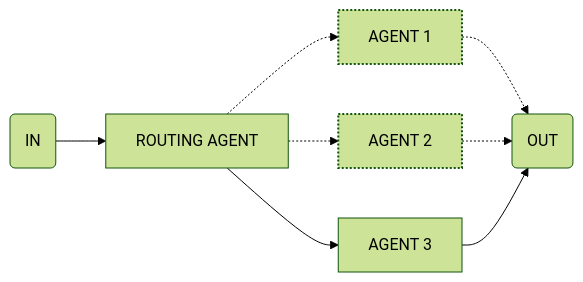
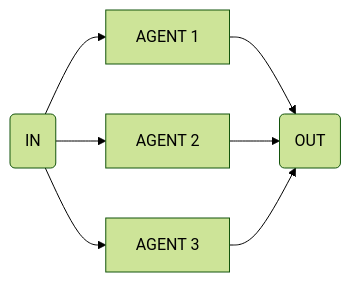
Before and after one commit to callstackincubator/flows-ai: the diagram in docs/src/content/docs/flows/parallel.mdx, drawn with Mermaid (forest theme). The commit also changed other lines of this file and 14 other files, not shown here.

````diff
--- a/docs/src/content/docs/flows/parallel.mdx
+++ b/docs/src/content/docs/flows/parallel.mdx
@@ -8,12 +10,9 @@
 ```mermaid
 flowchart LR
-    A("IN") --> B["ROUTING AGENT"]
-    B -.-> C["AGENT 1"] & D["AGENT 2"]
-    B --> E["AGENT 3"]
-    C -.-> F("OUT")
-    D -.-> F
-    E --> F
-
-    style C stroke-width:2px,stroke-dasharray: 2
-    style D stroke-width:2px,stroke-dasharray: 2
+    A(IN) --> B[AGENT 1]
+    A --> C[AGENT 2]
+    A --> D[AGENT 3]
+    B --> E(OUT)
+    C --> E(OUT)
+    D --> E(OUT)
 ```
````
